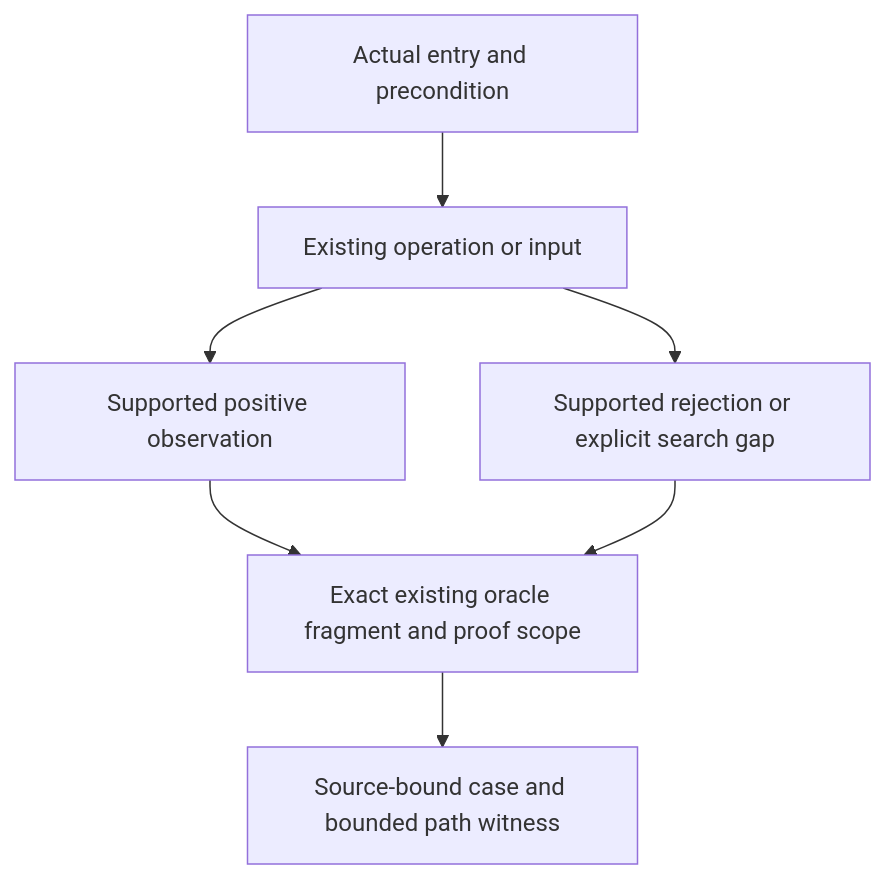
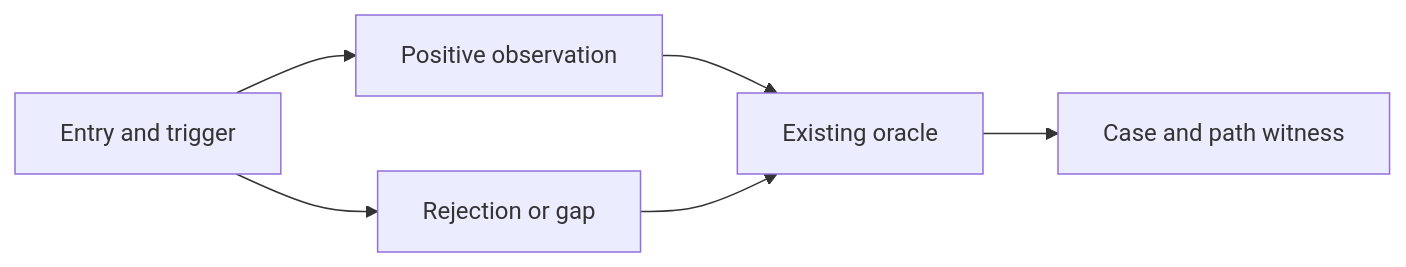
The third of 3 diagrams in atf-atlas/README.md (crististefanita/ATF_AI), drawn with Mermaid before and after one commit. The commit also changed other lines of this file and 111 other files, not shown here.

````diff
--- a/atf-atlas/README.md
+++ b/atf-atlas/README.md
@@ -130,9 +125,8 @@
 ```mermaid
-flowchart TB
-    Entry["Actual entry and precondition"] --> Trigger["Existing operation or input"]
-    Trigger --> Positive["Supported positive observation"]
-    Trigger --> Negative["Supported rejection or explicit search gap"]
-    Positive --> Oracle["Exact existing oracle fragment and proof scope"]
+flowchart LR
+    Entry["Entry and trigger"] --> Positive["Positive observation"]
+    Entry --> Negative["Rejection or gap"]
+    Positive --> Oracle["Existing oracle"]
     Negative --> Oracle
-    Oracle --> Case["Source-bound case and bounded path witness"]
+    Oracle --> Case["Case and path witness"]
 ```
````
